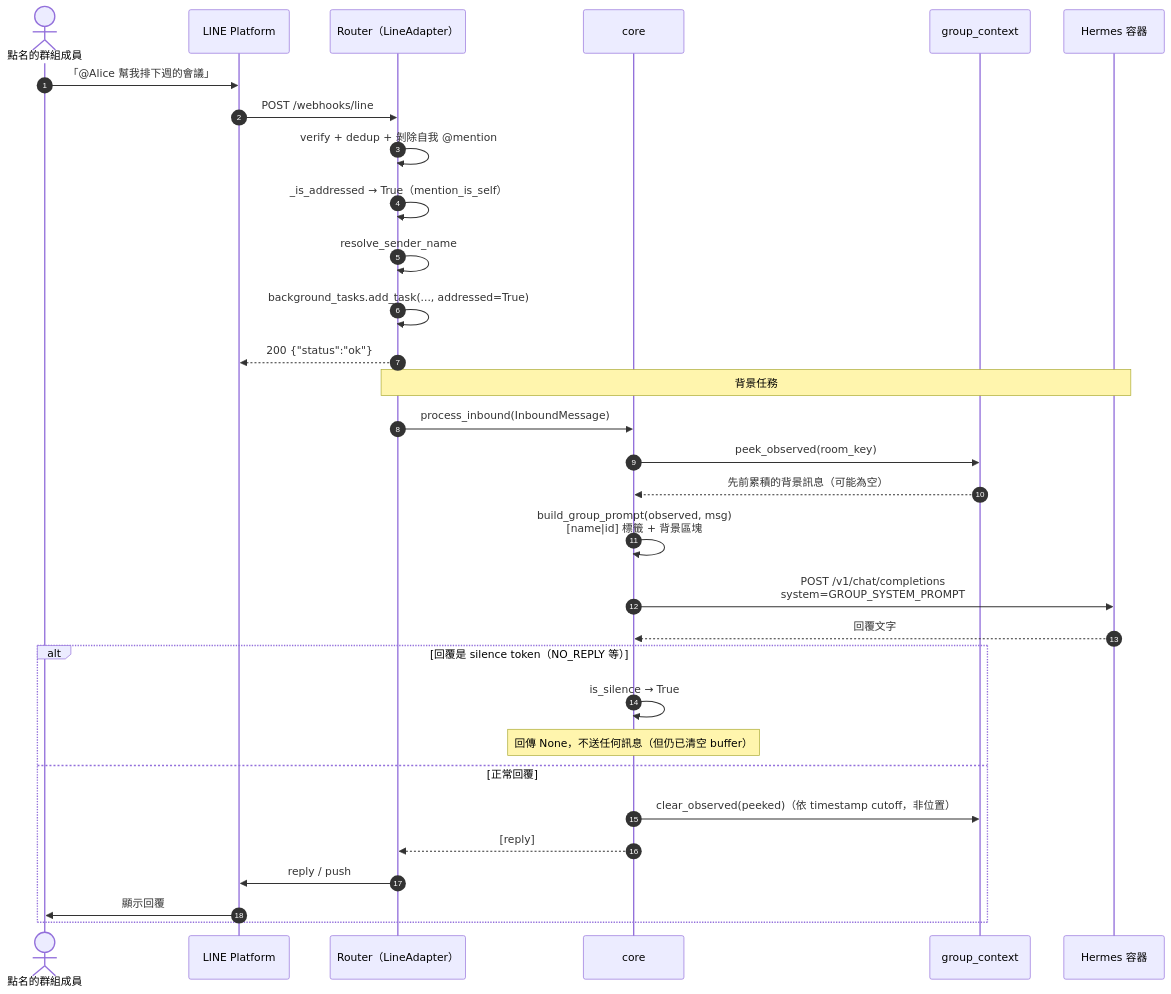
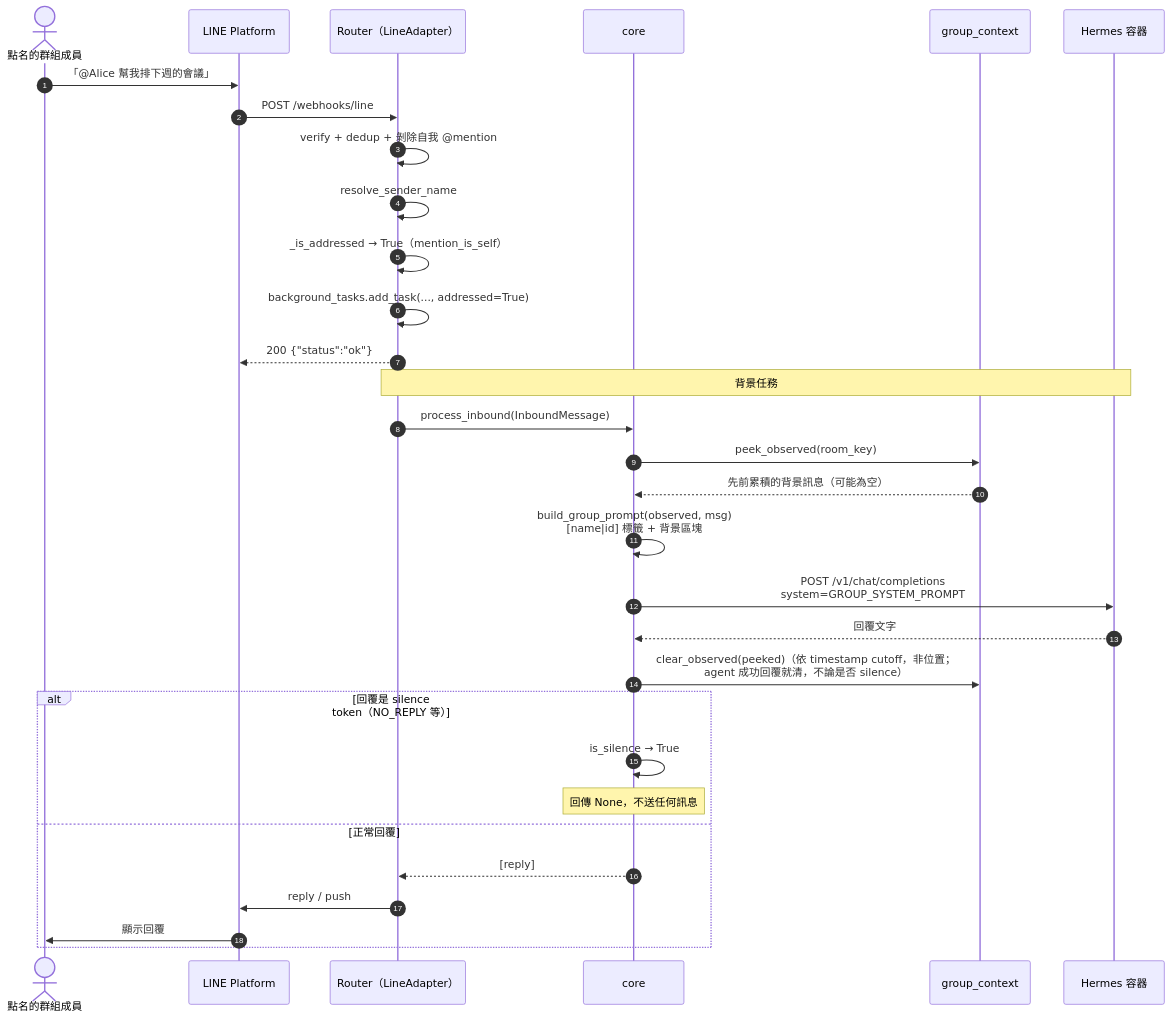
One commit to marychouchou/alice-office changed the third of 9 diagrams in docs/sequence-diagrams.md. Above: the diagram before and after it, drawn with Mermaid. The commit also changed other lines of this file and 4 other files, not shown here.

````diff
--- a/docs/sequence-diagrams.md
+++ b/docs/sequence-diagrams.md
@@ -94,34 +94,34 @@
 ```mermaid
 sequenceDiagram
     autonumber
     actor U as 點名的群組成員
     participant LP as LINE Platform
     participant R as Router（LineAdapter）
     participant C as core
     participant GC as group_context
     participant H as Hermes 容器
 
     U->>LP: 「@Alice 幫我排下週的會議」
     LP->>R: POST /webhooks/line
     R->>R: verify + dedup + 剝除自我 @mention
+    R->>R: resolve_sender_name
     R->>R: _is_addressed → True（mention_is_self）
-    R->>R: resolve_sender_name
     R->>R: background_tasks.add_task(..., addressed=True)
     R-->>LP: 200 {"status":"ok"}
     Note over R,H: 背景任務
     R->>C: process_inbound(InboundMessage)
     C->>GC: peek_observed(room_key)
     GC-->>C: 先前累積的背景訊息（可能為空）
     C->>C: build_group_prompt(observed, msg)<br/>[name|id] 標籤 + 背景區塊
     C->>H: POST /v1/chat/completions<br/>system=GROUP_SYSTEM_PROMPT
     H-->>C: 回覆文字
+    C->>GC: clear_observed(peeked)（依 timestamp cutoff，非位置；<br/>agent 成功回覆就清，不論是否 silence）
     alt 回覆是 silence token（NO_REPLY 等）
         C->>C: is_silence → True
-        Note over C: 回傳 None，不送任何訊息（但仍已清空 buffer）
+        Note over C: 回傳 None，不送任何訊息
     else 正常回覆
-        C->>GC: clear_observed(peeked)（依 timestamp cutoff，非位置）
         C-->>R: [reply]
         R->>LP: reply / push
         LP->>U: 顯示回覆
     end
 ```
````
